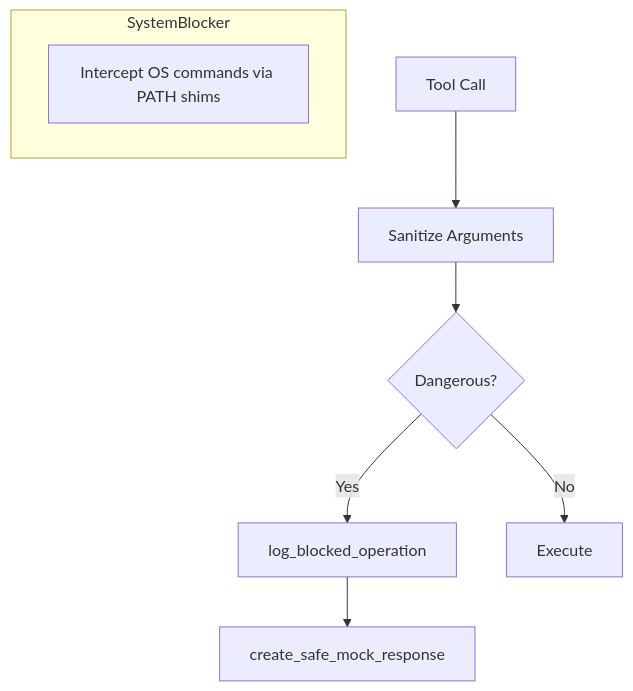
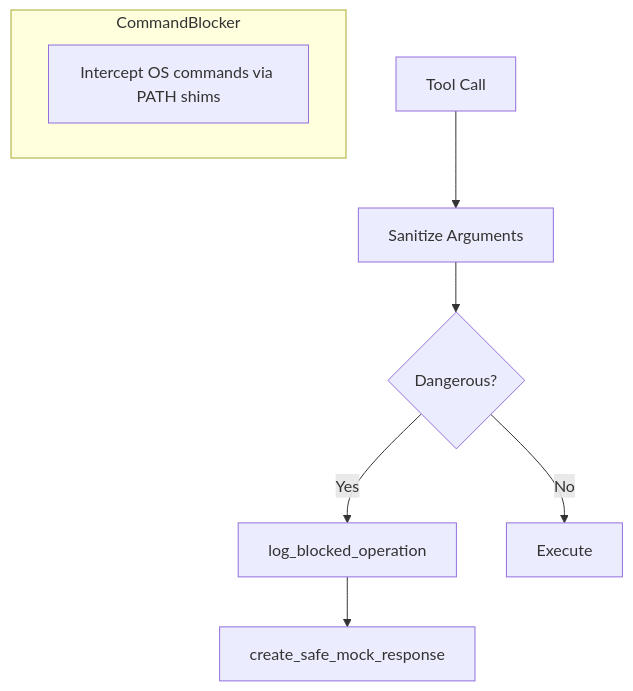
The third of 8 diagrams in docs/architecture/architecture.md (Agent-Hellboy/mcp-server-fuzzer), drawn with Mermaid before and after one commit. The commit also changed other lines of this file and 9 other files, not shown here.

````diff
--- a/docs/architecture/architecture.md
+++ b/docs/architecture/architecture.md
@@ -126,12 +126,12 @@
 ```mermaid
 graph TD
     A[Tool Call] --> B[Sanitize Arguments]
     B --> C{Dangerous?}
     C -->|Yes| D[log_blocked_operation]
     D --> E[create_safe_mock_response]
     C -->|No| F[Execute]
 
-    subgraph SystemBlocker
+    subgraph CommandBlocker
         G[Intercept OS commands via PATH shims]
     end
 ```
````
